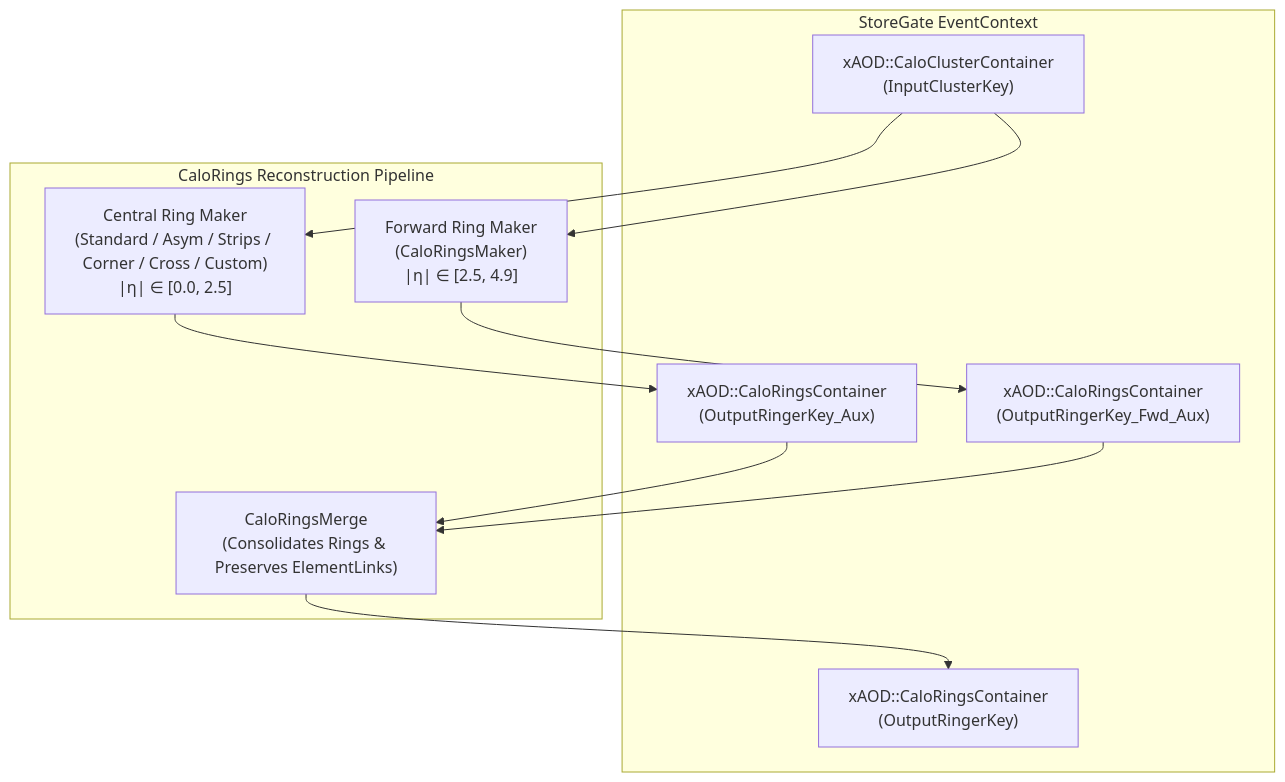
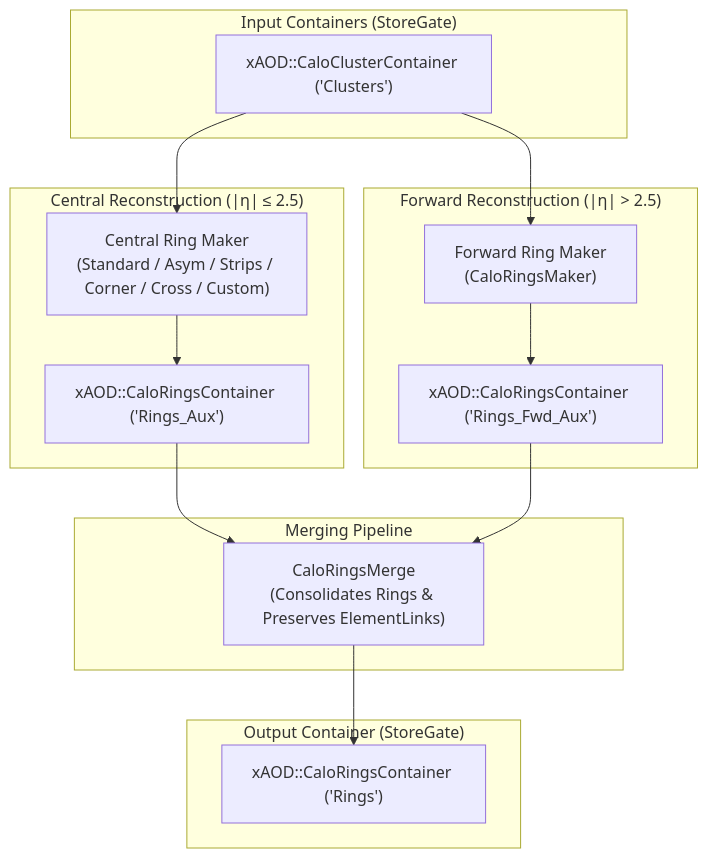
Before and after one commit to lordhsdw999-a11y/lorenzetti: the diagram in reconstruction/calorimeter/CaloRingsBuilder/README.md, drawn with Mermaid. The commit also changed 5 other files, not shown here.

````diff
--- a/reconstruction/calorimeter/CaloRingsBuilder/README.md
+++ b/reconstruction/calorimeter/CaloRingsBuilder/README.md
@@ -9,23 +9,32 @@
 ```mermaid
-flowchart TD
-    subgraph StoreGate["StoreGate EventContext"]
-        Clusters["xAOD::CaloClusterContainer<br/>(InputClusterKey)"]
-        AuxCentral["xAOD::CaloRingsContainer<br/>(OutputRingerKey_Aux)"]
-        AuxFwd["xAOD::CaloRingsContainer<br/>(OutputRingerKey_Fwd_Aux)"]
-        FinalRings["xAOD::CaloRingsContainer<br/>(OutputRingerKey)"]
+graph TD
+    subgraph Inputs ["Input Containers (StoreGate)"]
+        Clusters["xAOD::CaloClusterContainer ('Clusters')"]
     end
 
-    subgraph Pipeline["CaloRings Reconstruction Pipeline"]
-        CentralMaker["Central Ring Maker<br/>(Standard / Asym / Strips / Corner / Cross / Custom)<br/>|&eta;| &isin; [0.0, 2.5]"]
-        FwdMaker["Forward Ring Maker<br/>(CaloRingsMaker)<br/>|&eta;| &isin; [2.5, 4.9]"]
-        MergeAlg["CaloRingsMerge<br/>(Consolidates Rings & Preserves ElementLinks)"]
+    subgraph Central ["Central Reconstruction (|&eta;| &le; 2.5)"]
+        CentralMaker["Central Ring Maker<br/>(Standard / Asym / Strips / Corner / Cross / Custom)"]
+        AuxCentral["xAOD::CaloRingsContainer ('Rings_Aux')"]
+        CentralMaker --> AuxCentral
+    end
+
+    subgraph Forward ["Forward Reconstruction (|&eta;| > 2.5)"]
+        FwdMaker["Forward Ring Maker<br/>(CaloRingsMaker)"]
+        AuxFwd["xAOD::CaloRingsContainer ('Rings_Fwd_Aux')"]
+        FwdMaker --> AuxFwd
+    end
+
+    subgraph Merging ["Merging Pipeline"]
+        MergeAlg["CaloRingsMerge<br/>(Consolidates Rings &amp; Preserves ElementLinks)"]
+    end
+
+    subgraph Output ["Output Container (StoreGate)"]
+        FinalRings["xAOD::CaloRingsContainer ('Rings')"]
     end
 
     Clusters --> CentralMaker
     Clusters --> FwdMaker
-    CentralMaker --> AuxCentral
-    FwdMaker --> AuxFwd
     AuxCentral --> MergeAlg
     AuxFwd --> MergeAlg
     MergeAlg --> FinalRings
 ```
````
